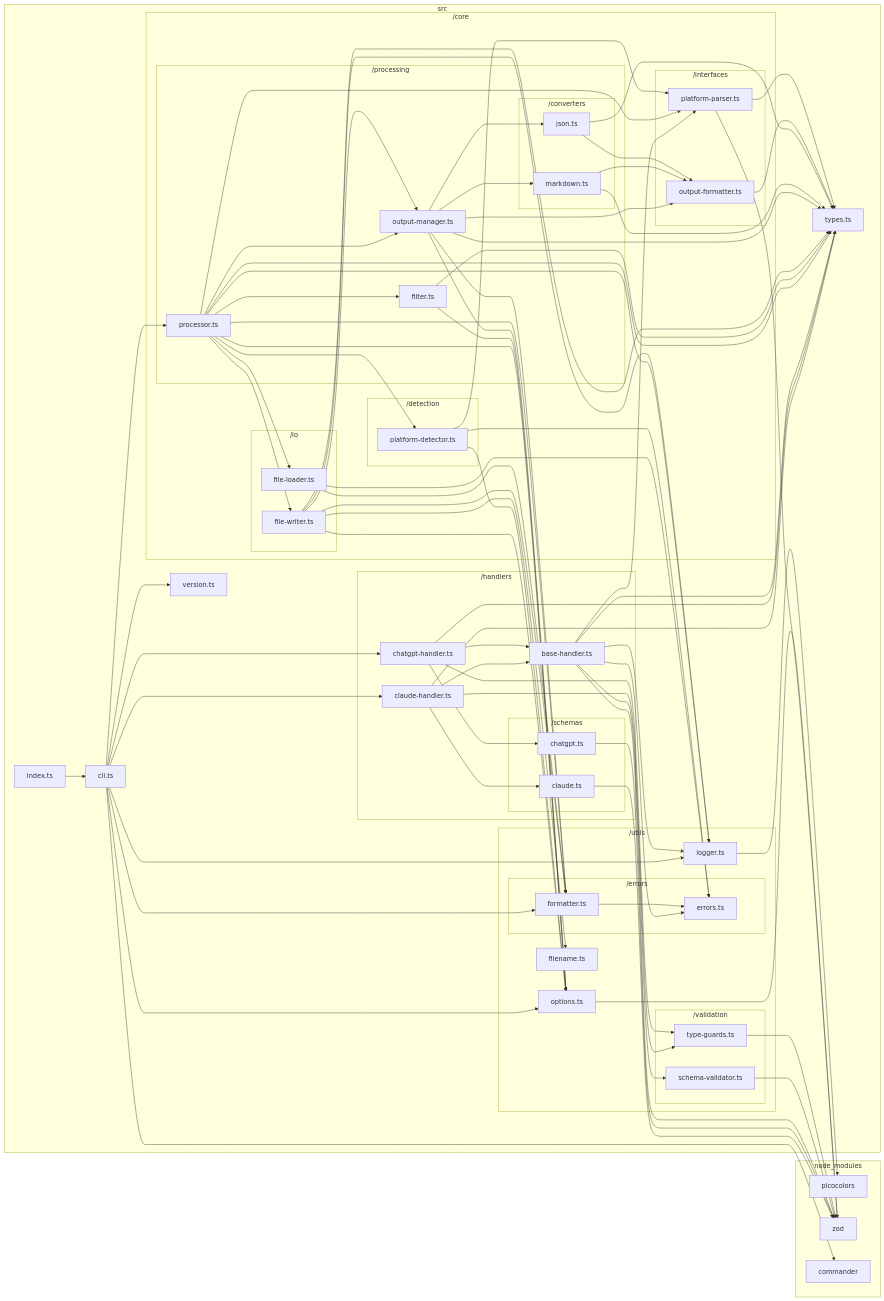
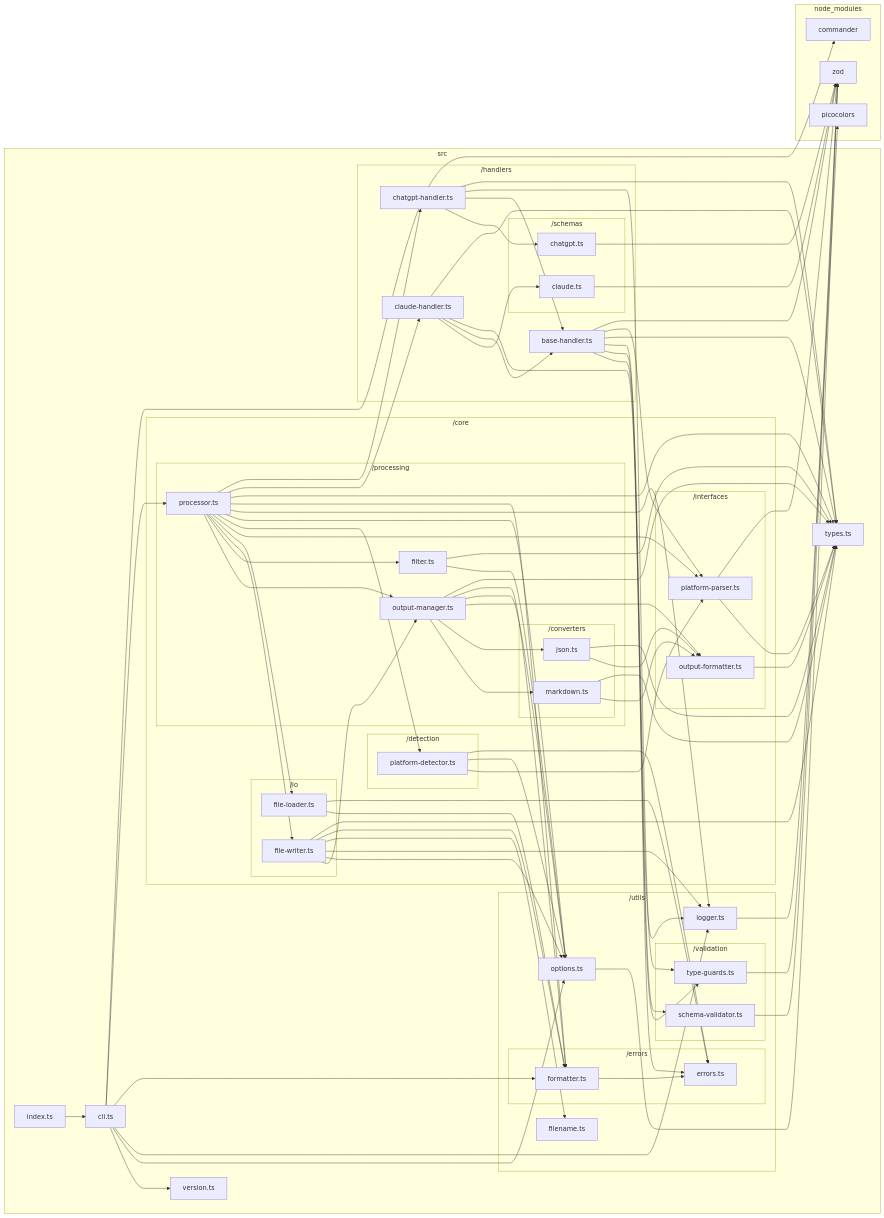
One commit to sugurutakahashi-1234/ai-chat-md-export changed the diagram in docs/dependency-graphs/typescript-graph.md. Above: the diagram before and after it, drawn with Mermaid. The commit also changed 3 other files, not shown here.

```diff
--- a/docs/dependency-graphs/typescript-graph.md
+++ b/docs/dependency-graphs/typescript-graph.md
@@ -15,13 +15,13 @@
             src/utils/logger.ts["logger.ts"]
             src/utils/options.ts["options.ts"]
             src/utils/filename.ts["filename.ts"]
+            subgraph src/utils/validation["/validation"]
+                src/utils/validation/type//guards.ts["type-guards.ts"]
+                src/utils/validation/schema//validator.ts["schema-validator.ts"]
+            end
             subgraph src/utils/errors["/errors"]
                 src/utils/errors/errors.ts["errors.ts"]
                 src/utils/errors/formatter.ts["formatter.ts"]
-            end
-            subgraph src/utils/validation["/validation"]
-                src/utils/validation/type//guards.ts["type-guards.ts"]
-                src/utils/validation/schema//validator.ts["schema-validator.ts"]
             end
         end
         subgraph src/core["/core"]
@@ -57,15 +57,33 @@
         end
     end
     subgraph node//modules["node_modules"]
+        node//modules/zod/index.d.cts["zod"]
         node//modules/picocolors/picocolors.d.ts["picocolors"]
-        node//modules/zod/index.d.cts["zod"]
         node//modules/commander/typings/index.d.ts["commander"]
     end
-    src/utils/errors/formatter.ts-->src/utils/errors/errors.ts
-    src/utils/logger.ts-->node//modules/picocolors/picocolors.d.ts
-    src/utils/options.ts-->node//modules/zod/index.d.cts
+    src/utils/validation/type//guards.ts-->node//modules/zod/index.d.cts
     src/core/interfaces/platform//parser.ts-->node//modules/zod/index.d.cts
     src/core/interfaces/platform//parser.ts-->src/types.ts
+    src/utils/logger.ts-->node//modules/picocolors/picocolors.d.ts
+    src/utils/validation/schema//validator.ts-->node//modules/zod/index.d.cts
+    src/handlers/base//handler.ts-->node//modules/zod/index.d.cts
+    src/handlers/base//handler.ts-->src/core/interfaces/platform//parser.ts
+    src/handlers/base//handler.ts-->src/types.ts
+    src/handlers/base//handler.ts-->src/utils/errors/errors.ts
+    src/handlers/base//handler.ts-->src/utils/logger.ts
+    src/handlers/base//handler.ts-->src/utils/validation/schema//validator.ts
+    src/handlers/schemas/chatgpt.ts-->node//modules/zod/index.d.cts
+    src/handlers/chatgpt//handler.ts-->src/types.ts
+    src/handlers/chatgpt//handler.ts-->src/utils/validation/type//guards.ts
+    src/handlers/chatgpt//handler.ts-->src/handlers/base//handler.ts
+    src/handlers/chatgpt//handler.ts-->src/handlers/schemas/chatgpt.ts
+    src/handlers/schemas/claude.ts-->node//modules/zod/index.d.cts
+    src/handlers/claude//handler.ts-->src/types.ts
+    src/handlers/claude//handler.ts-->src/utils/validation/type//guards.ts
+    src/handlers/claude//handler.ts-->src/handlers/base//handler.ts
+    src/handlers/claude//handler.ts-->src/handlers/schemas/claude.ts
+    src/utils/errors/formatter.ts-->src/utils/errors/errors.ts
+    src/utils/options.ts-->node//modules/zod/index.d.cts
     src/core/detection/platform//detector.ts-->src/utils/errors/errors.ts
     src/core/detection/platform//detector.ts-->src/utils/options.ts
     src/core/detection/platform//detector.ts-->src/core/interfaces/platform//parser.ts
@@ -90,6 +108,8 @@
     src/core/io/file//writer.ts-->src/core/processing/output//manager.ts
     src/core/processing/filter.ts-->src/types.ts
     src/core/processing/filter.ts-->src/utils/options.ts
+    src/core/processing/processor.ts-->src/handlers/chatgpt//handler.ts
+    src/core/processing/processor.ts-->src/handlers/claude//handler.ts
     src/core/processing/processor.ts-->src/types.ts
     src/core/processing/processor.ts-->src/utils/errors/formatter.ts
     src/core/processing/processor.ts-->src/utils/logger.ts
@@ -100,28 +120,8 @@
     src/core/processing/processor.ts-->src/core/io/file//writer.ts
     src/core/processing/processor.ts-->src/core/processing/filter.ts
     src/core/processing/processor.ts-->src/core/processing/output//manager.ts
-    src/utils/validation/type//guards.ts-->node//modules/zod/index.d.cts
-    src/utils/validation/schema//validator.ts-->node//modules/zod/index.d.cts
-    src/handlers/base//handler.ts-->node//modules/zod/index.d.cts
-    src/handlers/base//handler.ts-->src/core/interfaces/platform//parser.ts
-    src/handlers/base//handler.ts-->src/types.ts
-    src/handlers/base//handler.ts-->src/utils/errors/errors.ts
-    src/handlers/base//handler.ts-->src/utils/logger.ts
-    src/handlers/base//handler.ts-->src/utils/validation/schema//validator.ts
-    src/handlers/schemas/chatgpt.ts-->node//modules/zod/index.d.cts
-    src/handlers/chatgpt//handler.ts-->src/types.ts
-    src/handlers/chatgpt//handler.ts-->src/utils/validation/type//guards.ts
-    src/handlers/chatgpt//handler.ts-->src/handlers/base//handler.ts
-    src/handlers/chatgpt//handler.ts-->src/handlers/schemas/chatgpt.ts
-    src/handlers/schemas/claude.ts-->node//modules/zod/index.d.cts
-    src/handlers/claude//handler.ts-->src/types.ts
-    src/handlers/claude//handler.ts-->src/utils/validation/type//guards.ts
-    src/handlers/claude//handler.ts-->src/handlers/base//handler.ts
-    src/handlers/claude//handler.ts-->src/handlers/schemas/claude.ts
     src/cli.ts-->node//modules/commander/typings/index.d.ts
     src/cli.ts-->src/core/processing/processor.ts
-    src/cli.ts-->src/handlers/chatgpt//handler.ts
-    src/cli.ts-->src/handlers/claude//handler.ts
     src/cli.ts-->src/utils/errors/formatter.ts
     src/cli.ts-->src/utils/logger.ts
     src/cli.ts-->src/utils/options.ts
```
